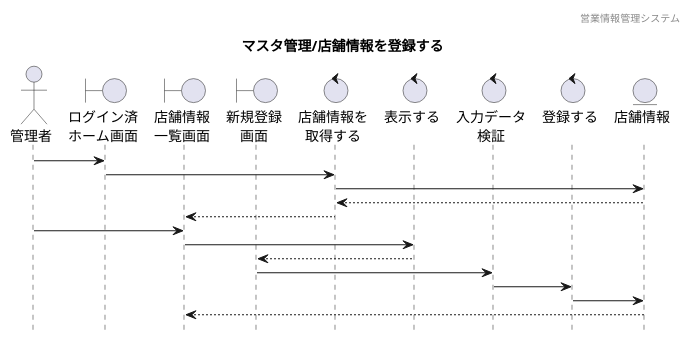
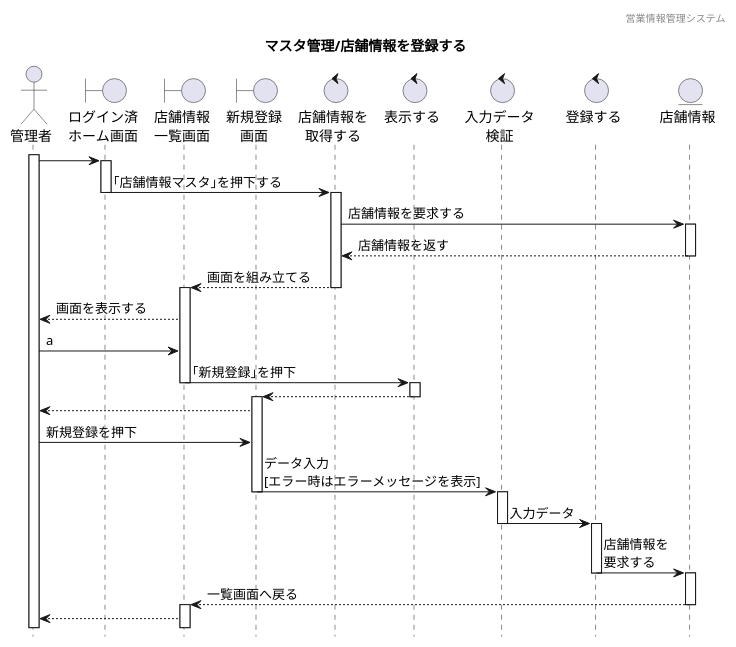
Before and after one commit to HaruShim/Sotuken: the diagram in 各種設計書/4シーケンス図/マスタ管理/店舗情報管理_登録.plantuml, drawn with PlantUML.

```diff
--- a/各種設計書/4シーケンス図/マスタ管理/店舗情報管理_登録.plantuml
+++ b/各種設計書/4シーケンス図/マスタ管理/店舗情報管理_登録.plantuml
@@ -1,44 +1,65 @@
 @startuml sequence
 
 hide footbox
 header 営業情報管理システム
 title マスタ管理/店舗情報を登録する
 
 ' actor "" as 
 actor "管理者" as a1
 ' boundary "" as
 boundary "ログイン済\nホーム画面" as b1
 boundary "店舗情報\n一覧画面" as b2
 boundary "新規登録\n画面" as b3
 ' control "" as 
 control "店舗情報を\n取得する" as c1
 control "表示する\n" as c2
 control "入力データ\n検証" as c3
 control "登録する\n" as c4
 ' entity "" as
 entity "店舗情報\n" as e1
 
 ' ログイン済みホーム画面から一覧表示までのシーケンス
-' activate a1
-a1 -> b1 : 
-' activate b1
-' b1 -> c1 : ｢従業員情報マスタ｣を押下する
-b1 -> c1
-' deactivate
-' activate c1
+activate a1
+a1 -> b1
+activate b1
+' b1 -> c1 : ｢店舗情報マスタ｣を押下する
+b1 -> c1 : ｢店舗情報マスタ｣を押下する
+deactivate
+activate c1
+c1 -> e1 : 店舗情報を要求する
+activate e1
+e1 --> c1 : 店舗情報を返す
+deactivate e1
+c1 --> b2 : 画面を組み立てる
+deactivate c1
+activate b2
+b2 --> a1 : 画面を表示する
 
-c1 -> e1
-' activate e1
-e1 --> c1
-c1 --> b2
+a1 -> b2 : a
 
-a1 -> b2
-b2 -> c2
+b2 -> c2 : ｢新規登録｣を押下
+deactivate b2
+activate c2
 c2 --> b3
-b3 -> c3
-c3 -> c4
-c4 -> e1
-e1 --> b2
+deactivate c2
+activate b3
+b3 --> a1
+
+a1 -> b3 : 新規登録を押下
+b3 -> c3 : データ入力\n[エラー時はエラーメッセージを表示]
+deactivate b3
+activate c3
+c3 -> c4 : 入力データ
+deactivate c3
+activate c4
+c4 -> e1 : 店舗情報を\n要求する
+deactivate c4
+activate e1
+e1 --> b2  : 一覧画面へ戻る　　　　　　　　　　　　　　　　
+deactivate e1
+activate b2
+b2 --> a1
+
 
 
 @enduml
```
